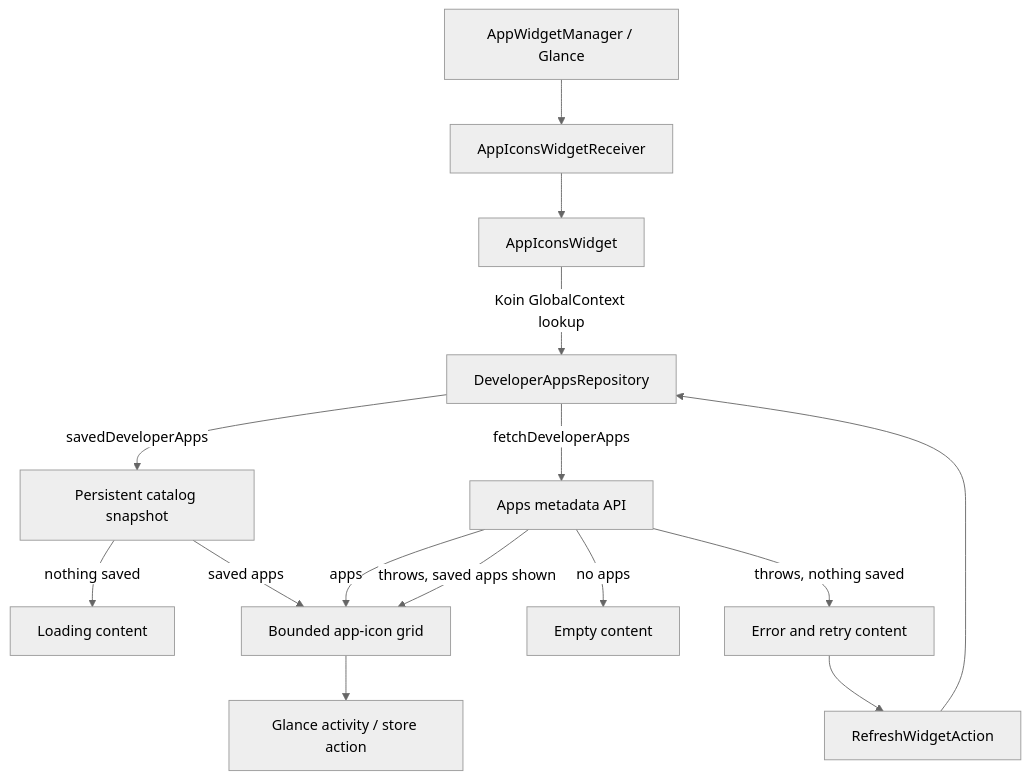
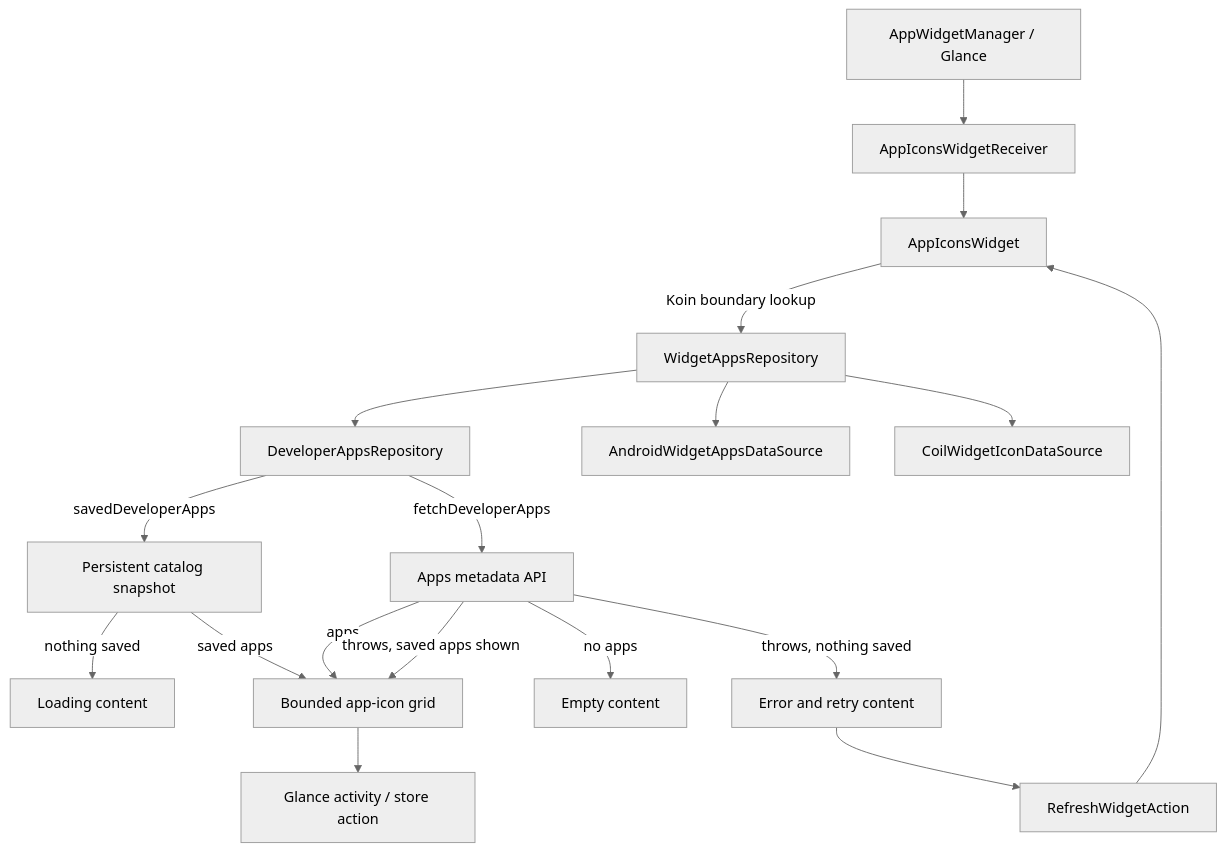
Before and after one commit to MihaiCristianCondrea/App-Toolkit-for-Android: the diagram in sample/widget/README.md, drawn with Mermaid (neutral theme). The commit also changed other lines of this file and 96 other files, not shown here.

````diff
--- a/sample/widget/README.md
+++ b/sample/widget/README.md
@@ -30,17 +30,20 @@
 ```mermaid
 flowchart TD
     System[AppWidgetManager / Glance] --> Receiver[AppIconsWidgetReceiver]
     Receiver --> Widget[AppIconsWidget]
-    Widget -->|Koin GlobalContext lookup| Repo[DeveloperAppsRepository]
+    Widget -->|Koin boundary lookup| WidgetRepo[WidgetAppsRepository]
+    WidgetRepo --> Repo[DeveloperAppsRepository]
+    WidgetRepo --> Local[AndroidWidgetAppsDataSource]
+    WidgetRepo --> Icons[CoilWidgetIconDataSource]
     Repo -->|savedDeveloperApps| Cache[Persistent catalog snapshot]
     Repo -->|fetchDeveloperApps| Remote[Apps metadata API]
     Cache -->|nothing saved| Loading[Loading content]
     Cache -->|saved apps| Grid[Bounded app-icon grid]
     Remote -->|apps| Grid
     Remote -->|no apps| Empty[Empty content]
     Remote -->|throws, saved apps shown| Grid
     Remote -->|throws, nothing saved| Error[Error and retry content]
     Grid --> Launch[Glance activity / store action]
     Error --> Retry[RefreshWidgetAction]
-    Retry --> Repo
+    Retry --> Widget
 ```
````
